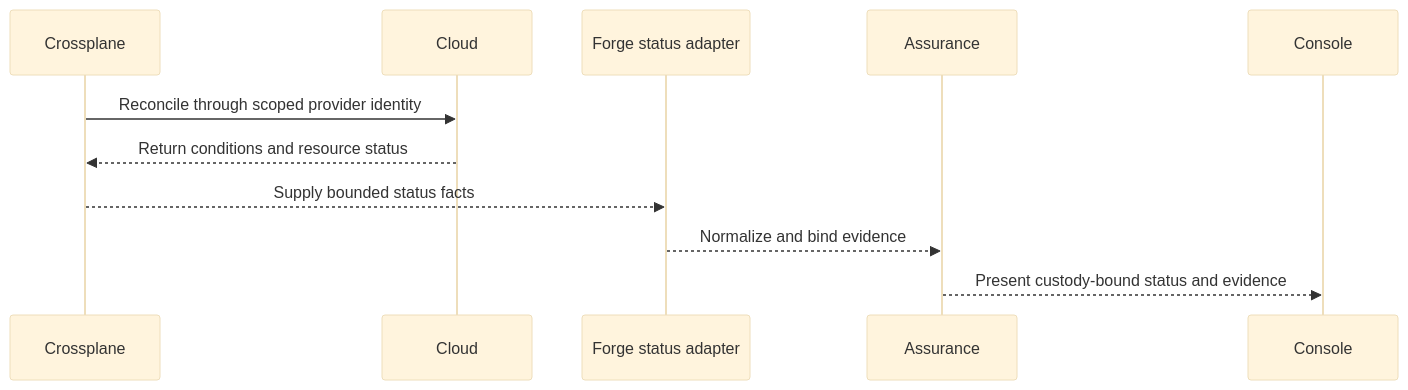
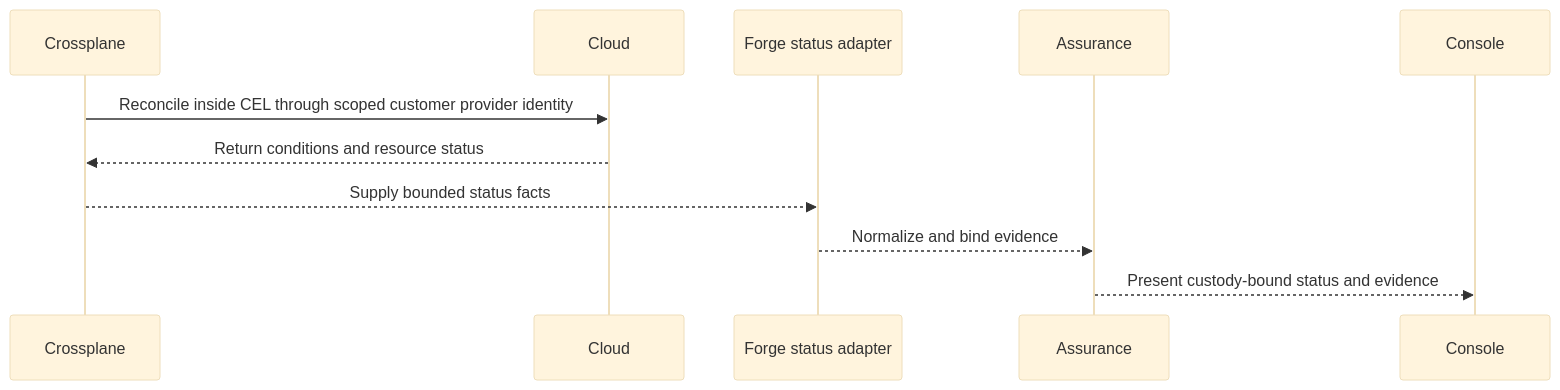
The fifth of 5 diagrams in docs/PRODUCT-ARCHITECTURE.md (InfrastructureProductWorks/ai-powered-infrastructure-as-a-product), drawn with Mermaid (base theme) before and after one commit. The commit also changed other lines of this file and 19 other files, not shown here.

````diff
--- a/docs/PRODUCT-ARCHITECTURE.md
+++ b/docs/PRODUCT-ARCHITECTURE.md
@@ -230,14 +257,14 @@
 ```mermaid
 sequenceDiagram
   participant Crossplane
   participant Cloud
   participant ForgeAdapter as Forge status adapter
   participant Assurance
   participant Console
 
-  Crossplane->>Cloud: Reconcile through scoped provider identity
+  Crossplane->>Cloud: Reconcile inside CEL through scoped customer provider identity
   Cloud-->>Crossplane: Return conditions and resource status
   Crossplane-->>ForgeAdapter: Supply bounded status facts
   ForgeAdapter-->>Assurance: Normalize and bind evidence
   Assurance-->>Console: Present custody-bound status and evidence
 ```
````
